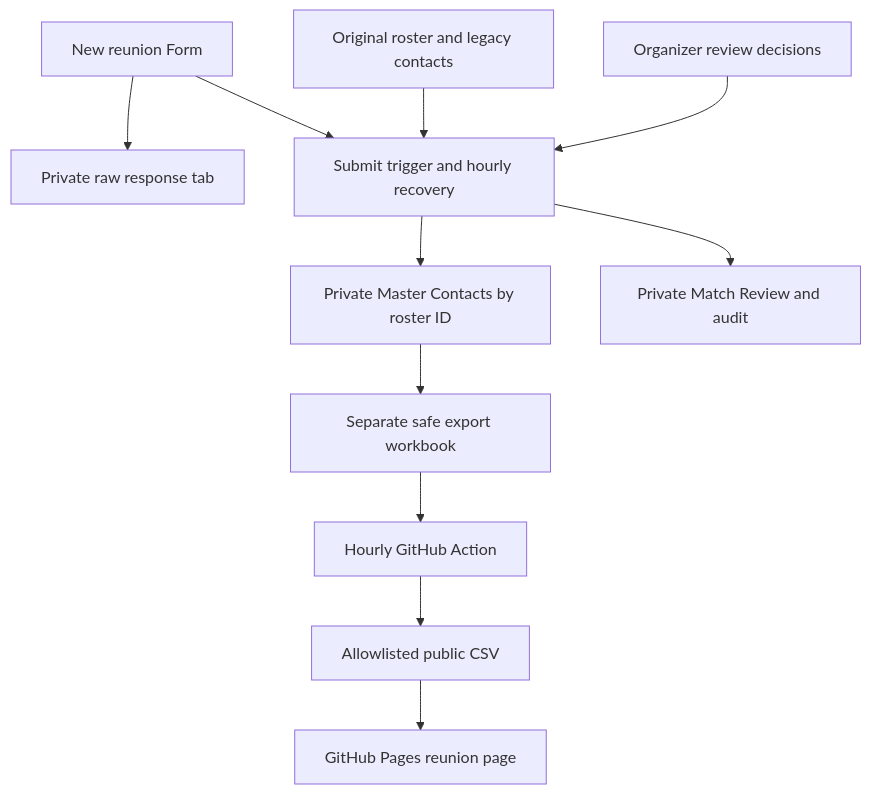
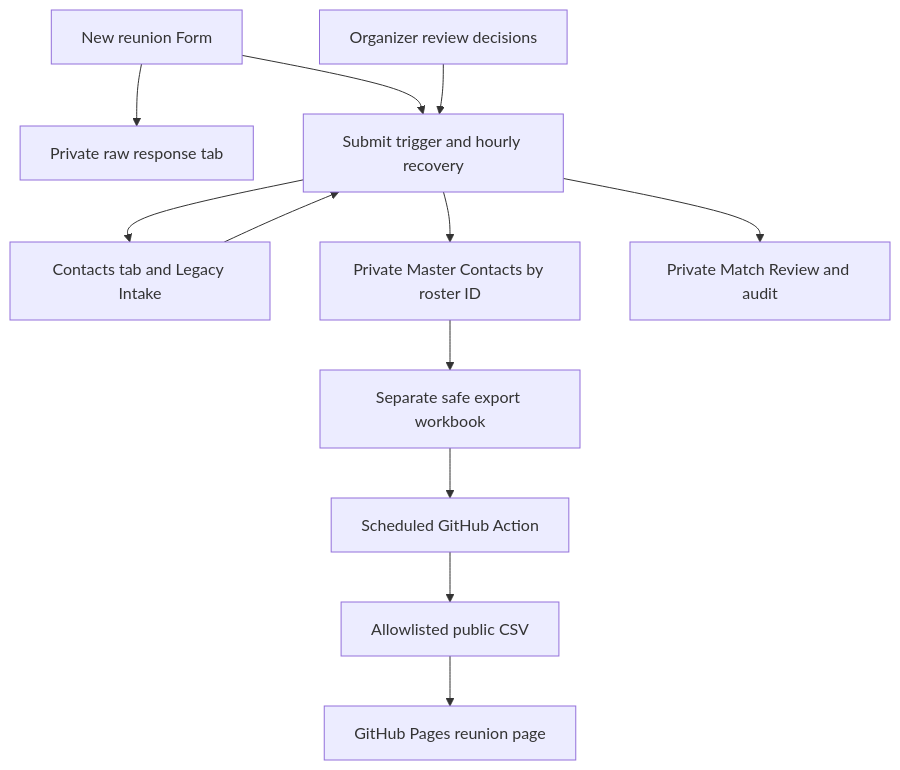
One commit to cavandonohoe/cavandonohoe.github.io changed the diagram in docs/tohs-contact-workflow.md. Above: the diagram before and after it, drawn with Mermaid. The commit also changed other lines of this file and 6 other files, not shown here.

````diff
--- a/docs/tohs-contact-workflow.md
+++ b/docs/tohs-contact-workflow.md
@@ -30,13 +31,14 @@
 ```mermaid
 flowchart TD
   F["New reunion Form"] --> R["Private raw response tab"]
   F --> S["Submit trigger and hourly recovery"]
-  O["Original roster and legacy contacts"] --> S
+  O["Contacts tab and Legacy Intake"] --> S
   D["Organizer review decisions"] --> S
+  S --> O
   S --> M["Private Master Contacts by roster ID"]
   S --> Q["Private Match Review and audit"]
   M --> P["Separate safe export workbook"]
-  P --> A["Hourly GitHub Action"]
+  P --> A["Scheduled GitHub Action"]
   A --> C["Allowlisted public CSV"]
   C --> W["GitHub Pages reunion page"]
 ```
````
